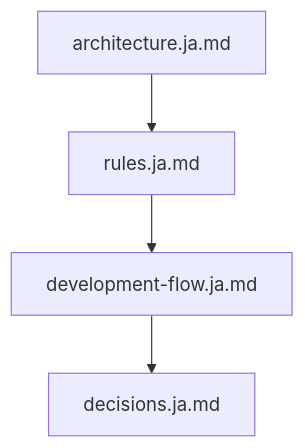
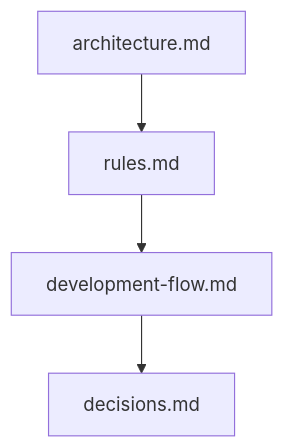
The second of 7 diagrams in docs/index.md (Tomy-ch/go-boilerplate), drawn with Mermaid before and after one commit. The commit also changed other lines of this file and 29 other files, not shown here.

````diff
--- a/docs/index.md
+++ b/docs/index.md
@@ -31,4 +31,4 @@
 ```mermaid
 flowchart TB
-    A["architecture.ja.md"] --> B["rules.ja.md"] --> C["development-flow.ja.md"] --> D["decisions.ja.md"]
+    A["architecture.md"] --> B["rules.md"] --> C["development-flow.md"] --> D["decisions.md"]
 ```
````
